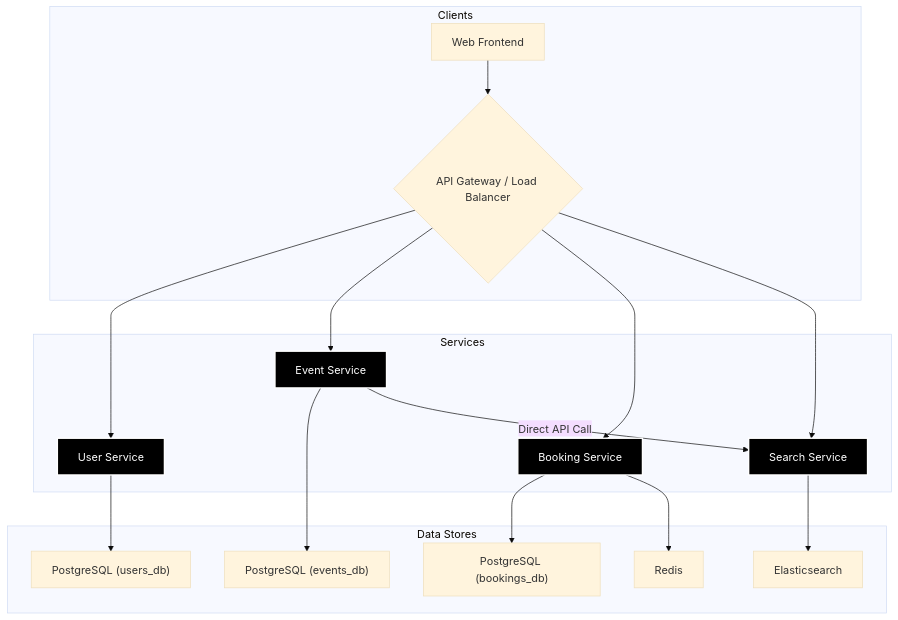
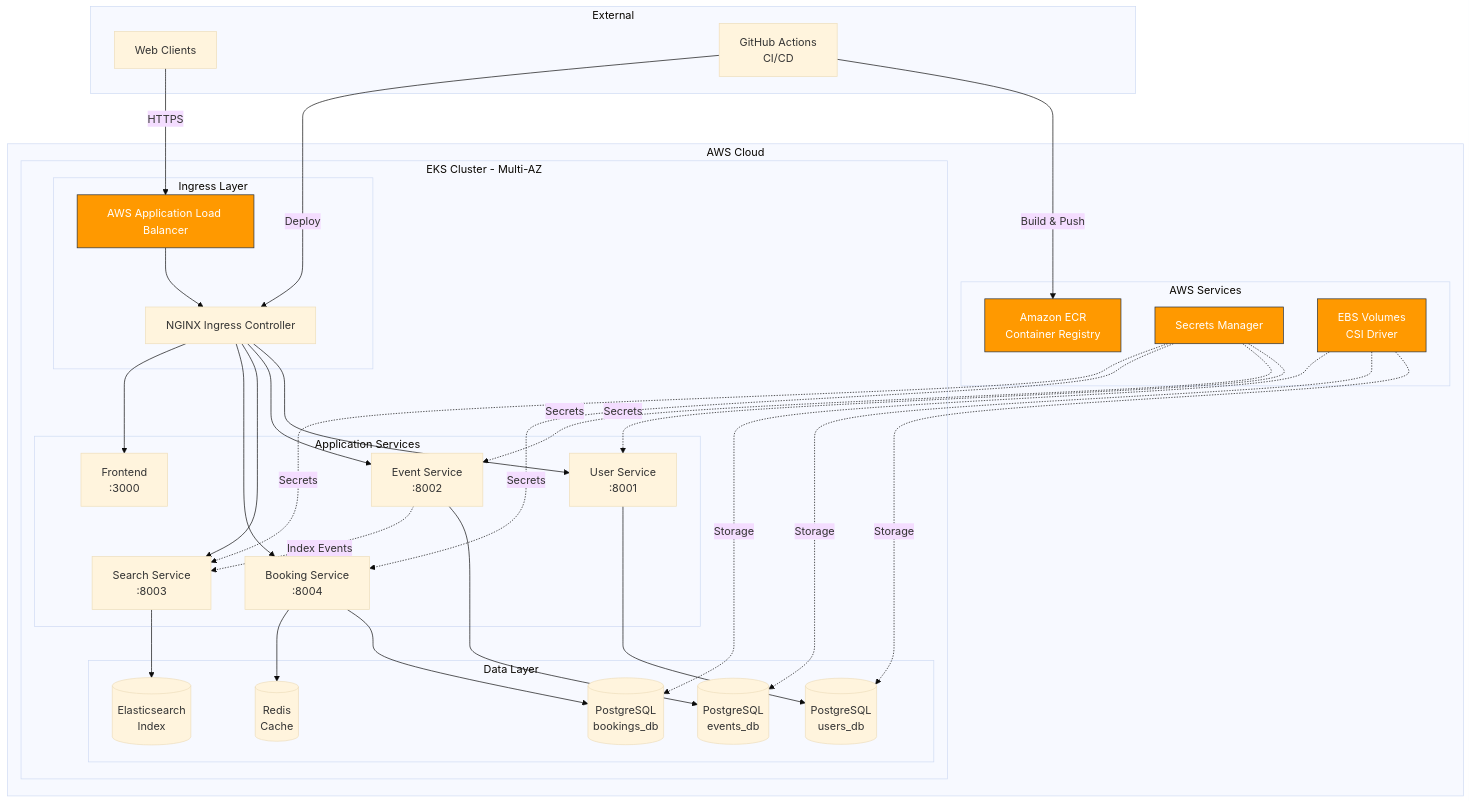
The first of 2 diagrams in README.md (heena5498/MicroservicesOnEKS), drawn with Mermaid (base theme) before and after one commit. The commit also changed other lines of this file and 134 other files, not shown here.

````diff
--- a/README.md
+++ b/README.md
@@ -180,28 +294,59 @@
 ```mermaid
-graph TD
-    subgraph Clients
-        A[Web Frontend] --> B{API Gateway / Load Balancer};
+graph TB
+    subgraph "AWS Cloud"
+        subgraph "EKS Cluster - Multi-AZ"
+            subgraph "Ingress Layer"
+                ALB[AWS Application Load Balancer]
+                NGINX[NGINX Ingress Controller]
+            end
+            
+            subgraph "Application Services"
+                US[User Service<br/>:8001]
+                ES[Event Service<br/>:8002]
+                SS[Search Service<br/>:8003]
+                BS[Booking Service<br/>:8004]
+                FE[Frontend<br/>:3000]
+            end
+            
+            subgraph "Data Layer"
+                PG1[(PostgreSQL<br/>users_db)]
+                PG2[(PostgreSQL<br/>events_db)]
+                PG3[(PostgreSQL<br/>bookings_db)]
+                REDIS[(Redis<br/>Cache)]
+                ELASTIC[(Elasticsearch<br/>Index)]
+            end
+        end
+        
+        subgraph "AWS Services"
+            ECR[Amazon ECR<br/>Container Registry]
+            SM[Secrets Manager]
+            EBS[EBS Volumes<br/>CSI Driver]
+        end
     end
-
-    subgraph Services
-        B --> C[User Service];
-        B --> D[Event Service];
-        B --> E[Booking Service];
-        B --> F[Search Service];
+    
+    subgraph "External"
+        CLIENT[Web Clients]
+        GHA[GitHub Actions<br/>CI/CD]
     end
-
-    subgraph Data Stores
-        C --> G["PostgreSQL (users_db)"];
-        D --> H["PostgreSQL (events_db)"];
-        E --> I["PostgreSQL (bookings_db)"];
-        F --> J[Elasticsearch];
-        E --> K[Redis];
-    end
-
-    D -- Direct API Call --> F;
-
-    style C fill:#000,stroke:#fff,color:#fff,stroke-width:2px
-    style D fill:#000,stroke:#fff,color:#fff,stroke-width:2px
-    style E fill:#000,stroke:#fff,color:#fff,stroke-width:2px
-    style F fill:#000,stroke:#fff,color:#fff,stroke-width:2px
+    
+    CLIENT -->|HTTPS| ALB
+    ALB --> NGINX
+    NGINX --> US & ES & SS & BS & FE
+    
+    US --> PG1
+    ES --> PG2
+    BS --> PG3
+    BS --> REDIS
+    SS --> ELASTIC
+    ES -.->|Index Events| SS
+    
+    GHA -->|Build & Push| ECR
+    GHA -->|Deploy| NGINX
+    SM -.->|Secrets| US & ES & BS & SS
+    EBS -.->|Storage| PG1 & PG2 & PG3
+    
+    style ALB fill:#FF9900,stroke:#232F3E,color:#fff
+    style ECR fill:#FF9900,stroke:#232F3E,color:#fff
+    style SM fill:#FF9900,stroke:#232F3E,color:#fff
+    style EBS fill:#FF9900,stroke:#232F3E,color:#fff
 ```
````
